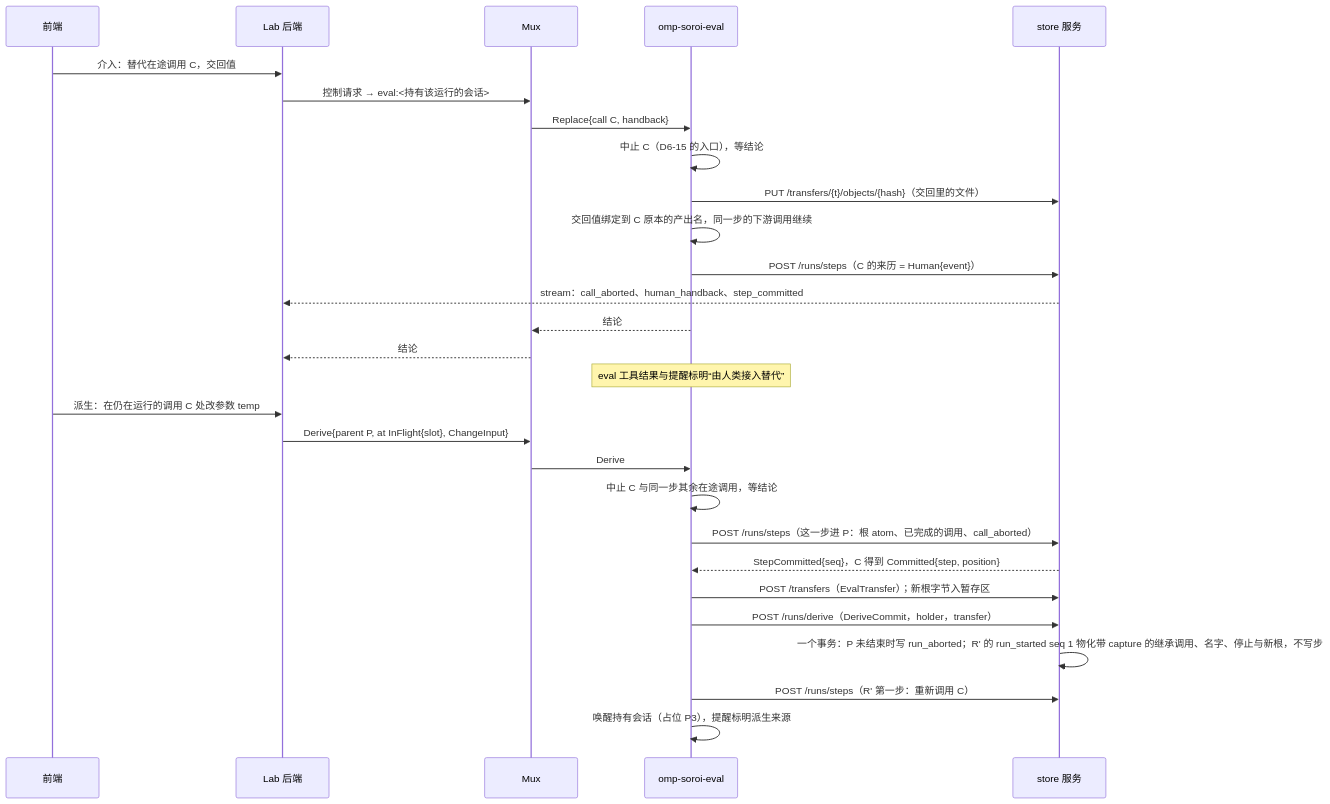
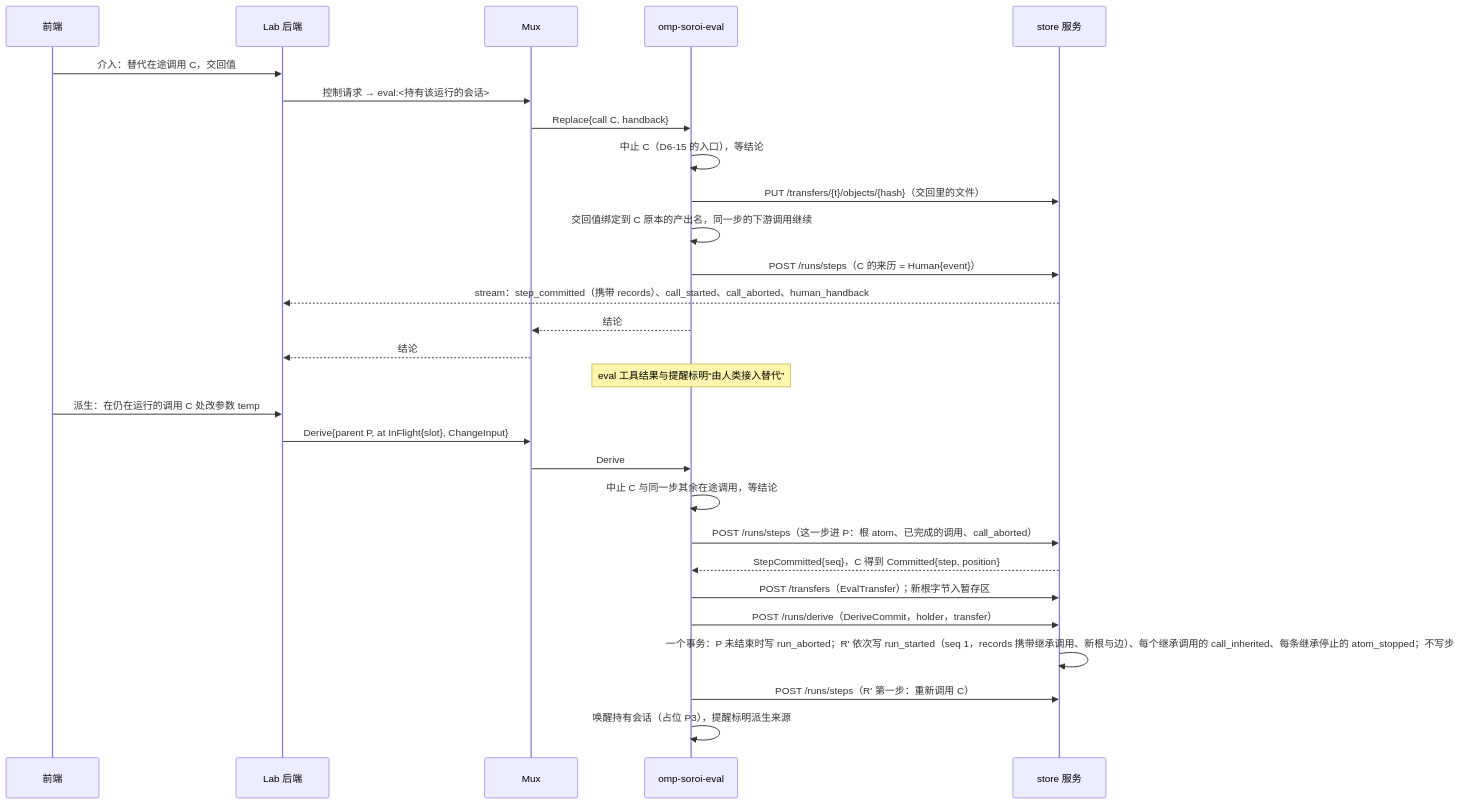
One commit to Pepgent/PM changed the second of 2 diagrams in evidence/decisions/D6-store-service.md. Above: the diagram before and after it, drawn with Mermaid. The commit also changed other lines of this file and 1 other file, not shown here.

````diff
--- a/evidence/decisions/D6-store-service.md
+++ b/evidence/decisions/D6-store-service.md
@@ -280,30 +281,30 @@
 ```mermaid
 sequenceDiagram
   participant GUI as 前端
   participant LAB as Lab 后端
   participant MUX as Mux
   participant EV as omp-soroi-eval
   participant ST as store 服务
   GUI->>LAB: 介入：替代在途调用 C，交回值
   LAB->>MUX: 控制请求 → eval:<持有该运行的会话>
   MUX->>EV: Replace{call C, handback}
   EV->>EV: 中止 C（D6-15 的入口），等结论
   EV->>ST: PUT /transfers/{t}/objects/{hash}（交回里的文件）
   EV->>EV: 交回值绑定到 C 原本的产出名，同一步的下游调用继续
   EV->>ST: POST /runs/steps（C 的来历 = Human{event}）
-  ST-->>LAB: stream：call_aborted、human_handback、step_committed
+  ST-->>LAB: stream：step_committed（携带 records）、call_started、call_aborted、human_handback
   EV-->>MUX: 结论
   MUX-->>LAB: 结论
   Note over EV: eval 工具结果与提醒标明“由人类接入替代”
   GUI->>LAB: 派生：在仍在运行的调用 C 处改参数 temp
   LAB->>MUX: Derive{parent P, at InFlight{slot}, ChangeInput}
   MUX->>EV: Derive
   EV->>EV: 中止 C 与同一步其余在途调用，等结论
   EV->>ST: POST /runs/steps（这一步进 P：根 atom、已完成的调用、call_aborted）
   ST-->>EV: StepCommitted{seq}，C 得到 Committed{step, position}
   EV->>ST: POST /transfers（EvalTransfer）；新根字节入暂存区
   EV->>ST: POST /runs/derive（DeriveCommit，holder，transfer）
-  ST->>ST: 一个事务：P 未结束时写 run_aborted；R' 的 run_started seq 1 物化带 capture 的继承调用、名字、停止与新根，不写步
+  ST->>ST: 一个事务：P 未结束时写 run_aborted；R' 依次写 run_started（seq 1，records 携带继承调用、新根与边）、每个继承调用的 call_inherited、每条继承停止的 atom_stopped；不写步
   EV->>ST: POST /runs/steps（R' 第一步：重新调用 C）
   EV->>EV: 唤醒持有会话（占位 P3），提醒标明派生来源
 ```
````
